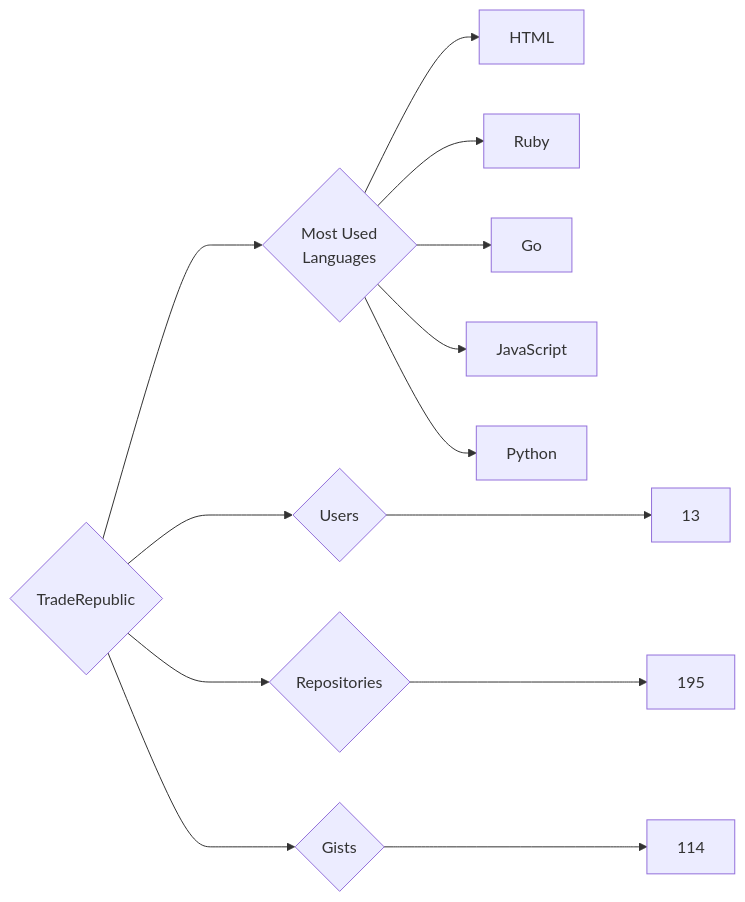
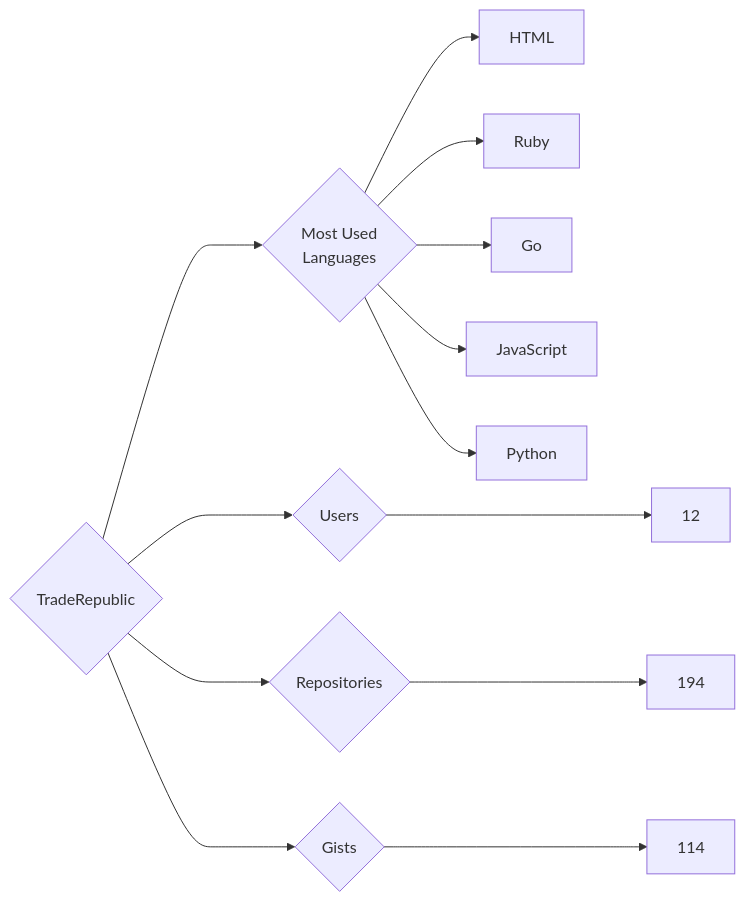
One commit to trickest/insiders changed the diagram in targets/TradeRepublic/README.md. Above: the diagram before and after it, drawn with Mermaid. The commit also changed 1508 other files, not shown here.

````diff
--- a/targets/TradeRepublic/README.md
+++ b/targets/TradeRepublic/README.md
@@ -3,13 +3,13 @@
 ```mermaid
 graph LR
 COMPANY_NAME{TradeRepublic}
-COMPANY_NAME ---> U{Users} ---> UN[13]
-COMPANY_NAME ---> R{Repositories} ---> RN[195]
+COMPANY_NAME ---> U{Users} ---> UN[12]
+COMPANY_NAME ---> R{Repositories} ---> RN[194]
 COMPANY_NAME ---> G{Gists} ---> GN[114]
 COMPANY_NAME ---> ML{Most Used<br>Languages}
 ML --> HTML[HTML]
 ML --> Ruby[Ruby]
 ML --> Go[Go]
 ML --> JavaScript[JavaScript]
 ML --> Python[Python]
 ```
````
